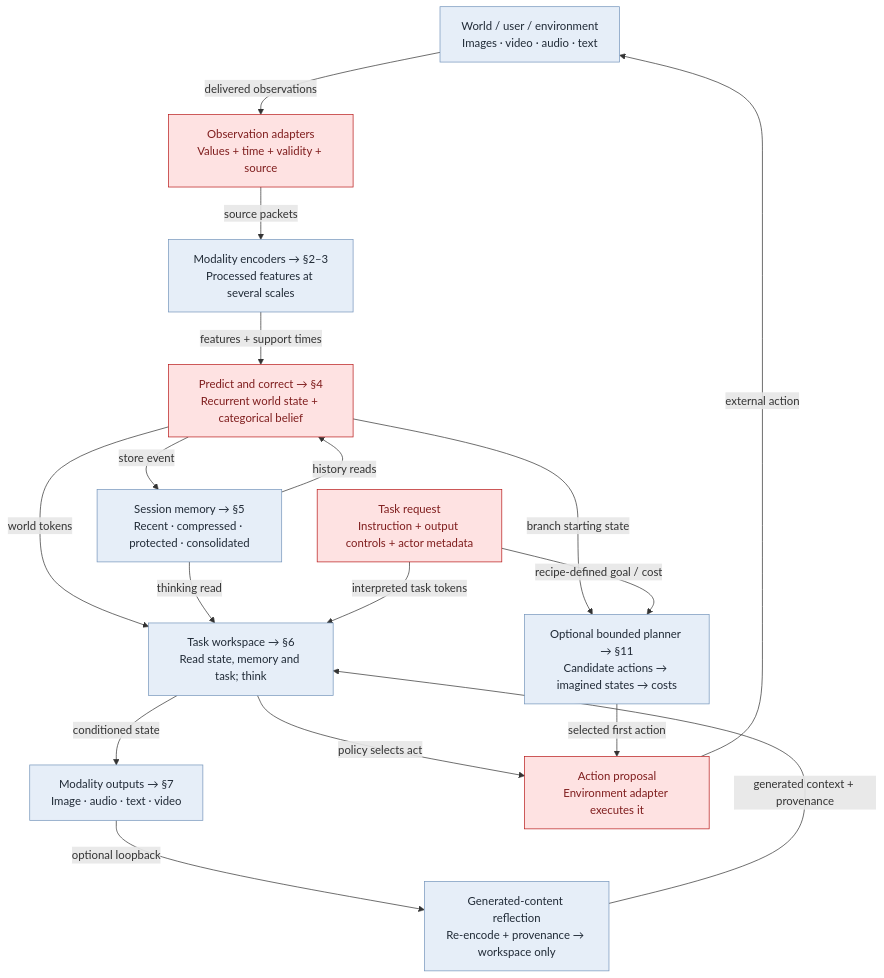
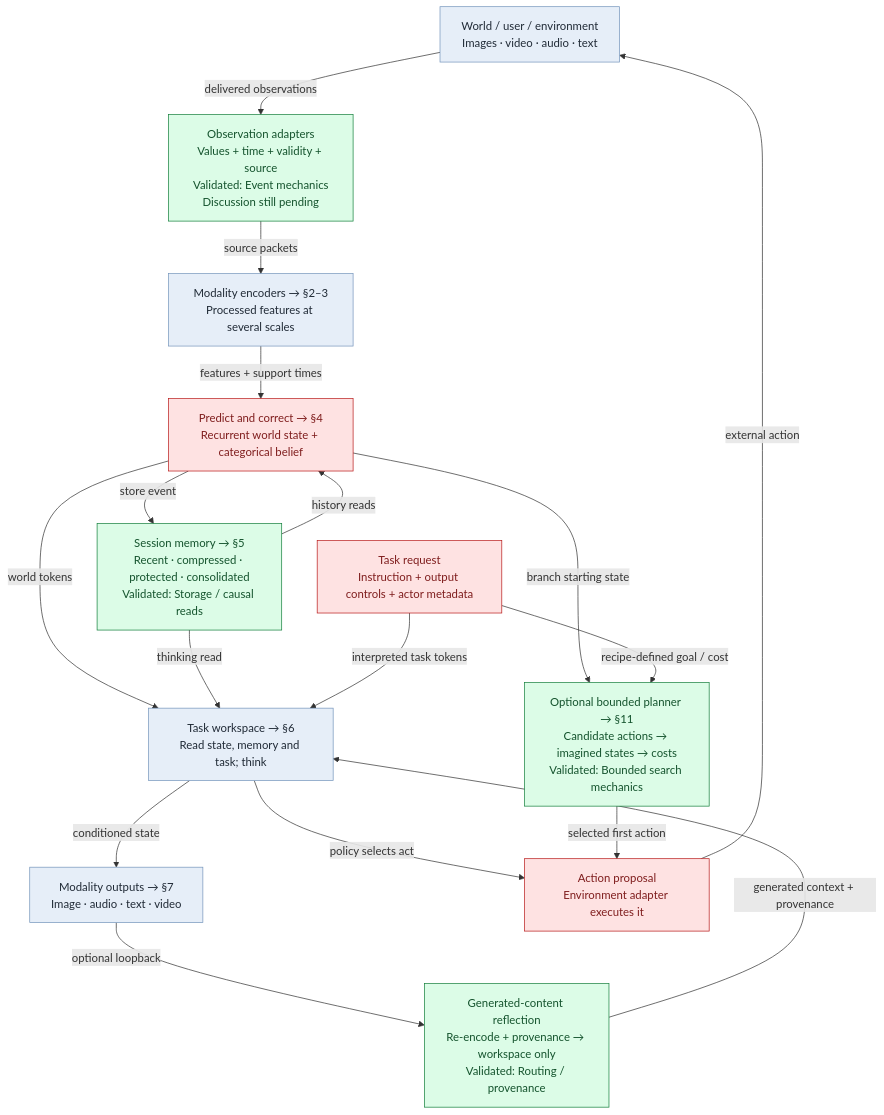
Before and after one commit to intrinsicD/path-wm: the first of 13 diagrams in docs/architecture-atlas.md, drawn with Mermaid. The commit also changed other lines of this file and 12 other files, not shown here.

Commit message:
docs: mark validated architecture scopes green

````diff
--- a/docs/architecture-atlas.md
+++ b/docs/architecture-atlas.md
@@ -35,43 +35,44 @@
 ```mermaid
 flowchart TB
     world["World / user / environment<br/>Images · video · audio · text"]
     class world discussion_discussed;
-    input["Observation adapters<br/>Values + time + validity + source"]
-    class input discussion_needs_discussion;
+    input["Observation adapters<br/>Values + time + validity + source<br/>Validated: Event mechanics<br/>Discussion still pending"]
+    class input discussion_validated;
     encode["Modality encoders → §2–3<br/>Processed features at several scales"]
     class encode discussion_discussed;
     belief["Predict and correct → §4<br/>Recurrent world state + categorical belief"]
     class belief discussion_needs_discussion;
-    memory["Session memory → §5<br/>Recent · compressed · protected · consolidated"]
-    class memory discussion_discussed;
+    memory["Session memory → §5<br/>Recent · compressed · protected · consolidated<br/>Validated: Storage / causal reads"]
+    class memory discussion_validated;
     workspace["Task workspace → §6<br/>Read state, memory and task; think"]
     class workspace discussion_discussed;
     request["Task request<br/>Instruction + output controls + actor metadata"]
     class request discussion_needs_discussion;
-    plan["Optional bounded planner → §11<br/>Candidate actions → imagined states → costs"]
-    class plan discussion_discussed;
+    plan["Optional bounded planner → §11<br/>Candidate actions → imagined states → costs<br/>Validated: Bounded search mechanics"]
+    class plan discussion_validated;
     emit["Modality outputs → §7<br/>Image · audio · text · video"]
     class emit discussion_discussed;
     act["Action proposal<br/>Environment adapter executes it"]
     class act discussion_needs_discussion;
-    reflect["Generated-content reflection<br/>Re-encode + provenance → workspace only"]
-    class reflect discussion_discussed;
+    reflect["Generated-content reflection<br/>Re-encode + provenance → workspace only<br/>Validated: Routing / provenance"]
+    class reflect discussion_validated;
     world -->|"delivered observations"| input
     input -->|"source packets"| encode
     encode -->|"features + support times"| belief
     belief -->|"store event"| memory
     memory -->|"history reads"| belief
     belief -->|"world tokens"| workspace
     memory -->|"thinking read"| workspace
     request -->|"interpreted task tokens"| workspace
     workspace -->|"conditioned state"| emit
     workspace -->|"policy selects act"| act
     belief -->|"branch starting state"| plan
     request -->|"recipe-defined goal / cost"| plan
     plan -->|"selected first action"| act
     act -->|"external action"| world
     emit -->|"optional loopback"| reflect
     reflect -->|"generated context + provenance"| workspace
     classDef discussion_discussed fill:#e6eef8,stroke:#7696bc,color:#202a36;
     classDef discussion_needs_discussion fill:#fee2e2,stroke:#b91c1c,color:#7f1d1d;
+    classDef discussion_validated fill:#dcfce7,stroke:#15803d,color:#14532d;
 ```
````
